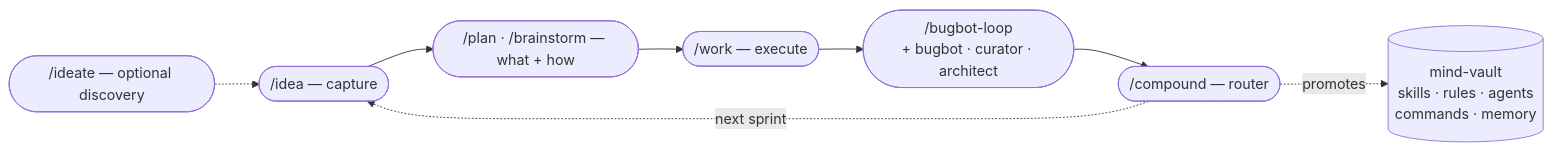
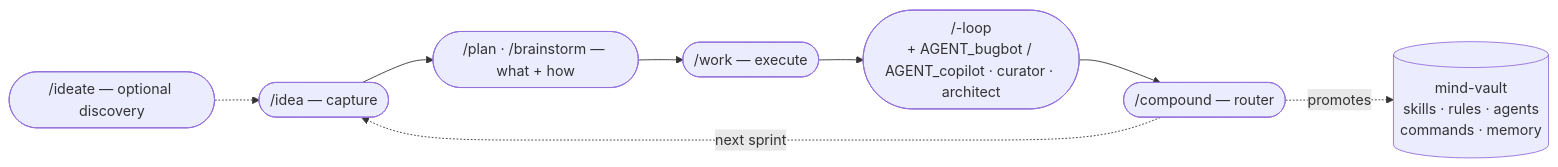
Before and after one commit to infohata/mind-vault: the diagram in README.md, drawn with Mermaid. The commit also changed other lines of this file and 7 other files, not shown here.

````diff
--- a/README.md
+++ b/README.md
@@ -15,10 +15,10 @@
 ```mermaid
 flowchart LR
     I0(["/ideate — optional discovery"]) -.-> I1
     I1(["/idea — capture"]) --> P
     P(["/plan · /brainstorm — what + how"]) --> W
     W(["/work — execute"]) --> R
-    R(["/bugbot-loop\n+ bugbot · curator · architect"]) --> C
+    R(["/<engine>-loop\n+ AGENT_bugbot / AGENT_copilot · curator · architect"]) --> C
     C(["/compound — router"]) -.promotes.-> V[("mind-vault\nskills · rules · agents\ncommands · memory")]
     C -.next sprint.-> I1
 ```
````
